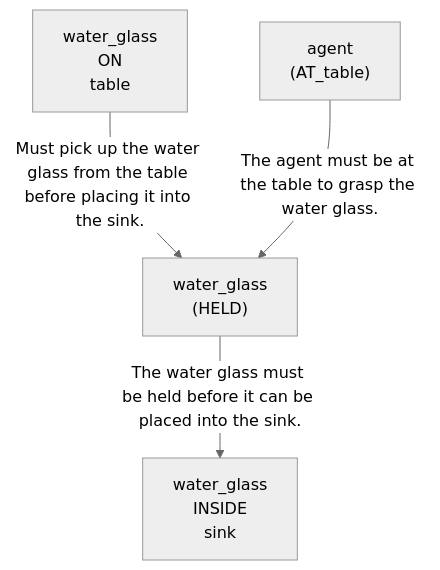
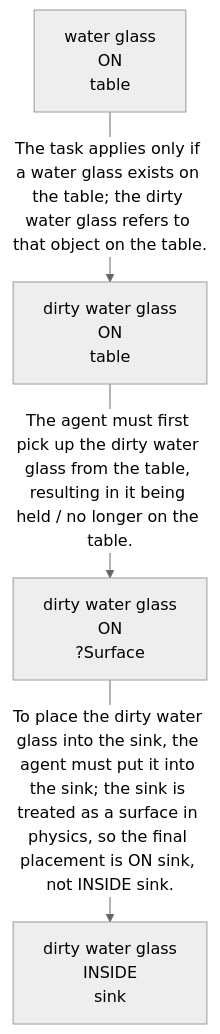
The first of 4 diagrams in evaluation/results/table3/robostate/runs/without_memory_structure/M2_06/run_T3_without_memory_structure_M2_06.md (scuama/virtualhome), drawn with Mermaid (neutral theme) before and after one commit. The commit also changed other lines of this file and 507 other files, not shown here.

````diff
--- a/evaluation/results/table3/robostate/runs/without_memory_structure/M2_06/run_T3_without_memory_structure_M2_06.md
+++ b/evaluation/results/table3/robostate/runs/without_memory_structure/M2_06/run_T3_without_memory_structure_M2_06.md
@@ -72,10 +72,10 @@
 ```mermaid
 graph TD
-    N1["water_glass<br>ON<br>table"]
-    N2["water_glass<br>INSIDE<br>sink"]
-    N3["water_glass<br>(HELD)"]
-    N4["agent<br>(AT_table)"]
-    N1 -->|"Must pick up the water glass from the table before placing it into the sink."| N3
-    N4 -->|"The agent must be at the table to grasp the water glass."| N3
-    N3 -->|"The water glass must be held before it can be placed into the sink."| N2
+    N1["water glass<br>ON<br>table"]
+    N2["dirty water glass<br>ON<br>table"]
+    N3["dirty water glass<br>ON<br>?Surface"]
+    N4["dirty water glass<br>INSIDE<br>sink"]
+    N1 -->|"The task applies only if a water glass exists on the table; the dirty water glass refers to that object on the table."| N2
+    N2 -->|"The agent must first pick up the dirty water glass from the table, resulting in it being held / no longer on the table."| N3
+    N3 -->|"To place the dirty water glass into the sink, the agent must put it into the sink; the sink is treated as a surface in physics, so the final placement is ON sink, not INSIDE sink."| N4
 ```
````
